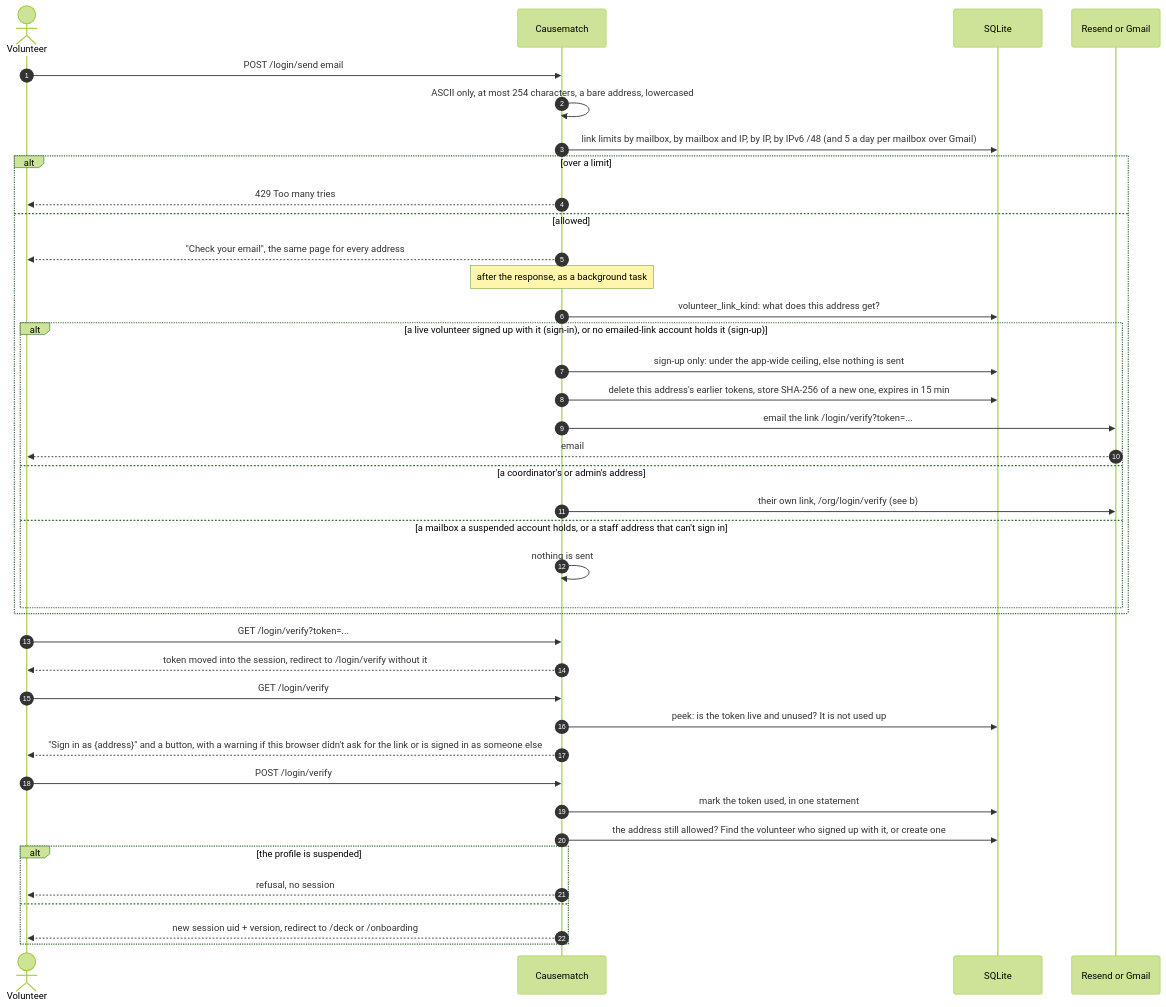
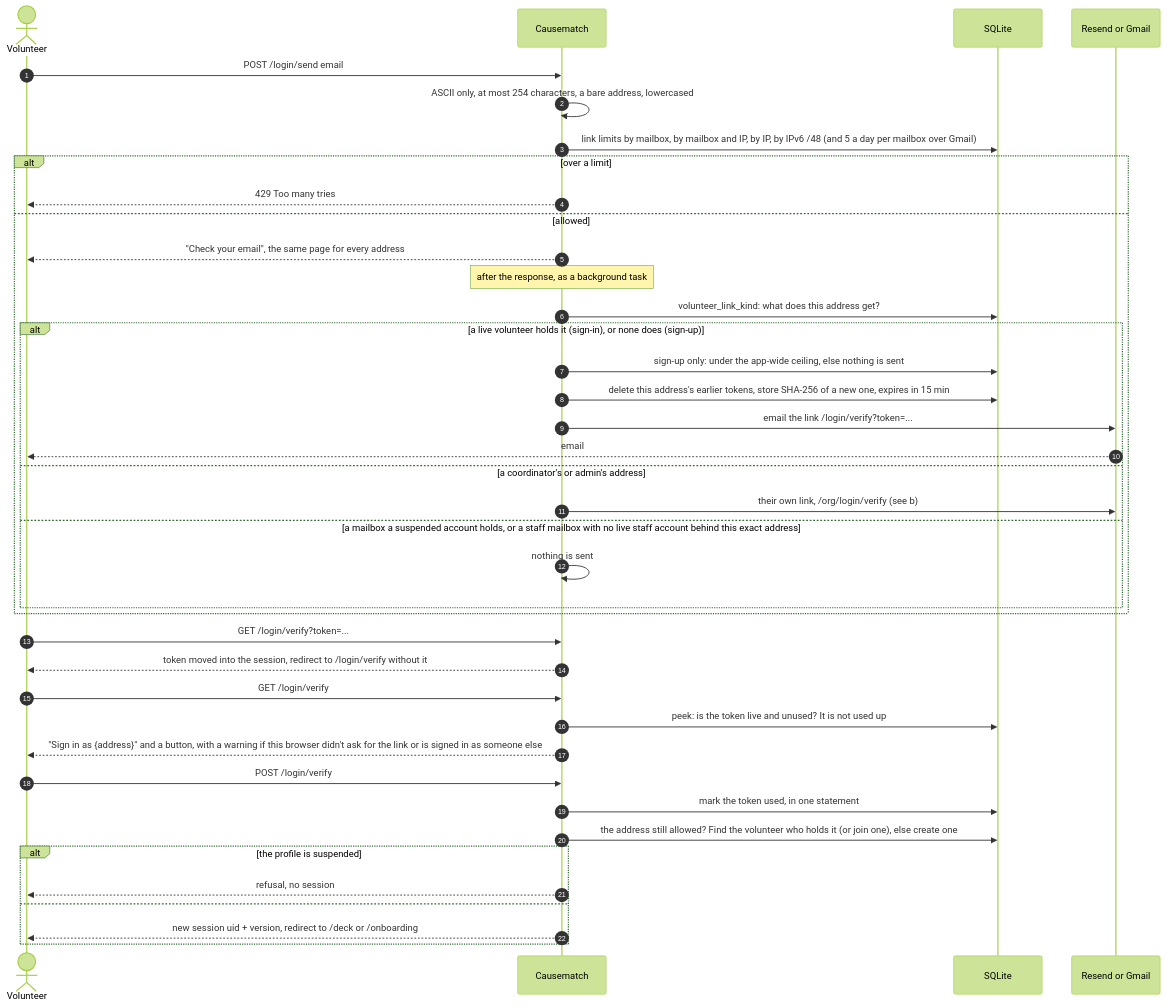
One commit to slegroux/causematch changed diagram 15 of 26 in docs/ARCHITECTURE.md. Above: the diagram before and after it, drawn with Mermaid (forest theme). The commit also changed other lines of this file, not shown here.

First line of the commit message:
Architecture doc: one volunteer account per address, and the #41, #42 and #44 leftovers (#48)

````diff
--- a/docs/ARCHITECTURE.md
+++ b/docs/ARCHITECTURE.md
@@ -951,42 +955,42 @@
 ```mermaid
 sequenceDiagram
     autonumber
     actor V as Volunteer
     participant A as Causematch
     participant DB as SQLite
     participant E as Resend or Gmail
 
     V->>A: POST /login/send email
     A->>A: ASCII only, at most 254 characters, a bare address, lowercased
     A->>DB: link limits by mailbox, by mailbox and IP, by IP, by IPv6 /48 (and 5 a day per mailbox over Gmail)
     alt over a limit
         A-->>V: 429 Too many tries
     else allowed
         A-->>V: "Check your email", the same page for every address
         Note over A: after the response, as a background task
         A->>DB: volunteer_link_kind: what does this address get?
-        alt a live volunteer signed up with it (sign-in), or no emailed-link account holds it (sign-up)
+        alt a live volunteer holds it (sign-in), or none does (sign-up)
             A->>DB: sign-up only: under the app-wide ceiling, else nothing is sent
             A->>DB: delete this address's earlier tokens, store SHA-256 of a new one, expires in 15 min
             A->>E: email the link /login/verify?token=...
             E-->>V: email
         else a coordinator's or admin's address
             A->>E: their own link, /org/login/verify (see b)
-        else a mailbox a suspended account holds, or a staff address that can't sign in
+        else a mailbox a suspended account holds, or a staff mailbox with no live staff account behind this exact address
             A->>A: nothing is sent
         end
     end
     V->>A: GET /login/verify?token=...
     A-->>V: token moved into the session, redirect to /login/verify without it
     V->>A: GET /login/verify
     A->>DB: peek: is the token live and unused? It is not used up
     A-->>V: "Sign in as {address}" and a button, with a warning if this browser didn't ask for the link or is signed in as someone else
     V->>A: POST /login/verify
     A->>DB: mark the token used, in one statement
-    A->>DB: the address still allowed? Find the volunteer who signed up with it, or create one
+    A->>DB: the address still allowed? Find the volunteer who holds it (or join one), else create one
     alt the profile is suspended
         A-->>V: refusal, no session
     else
         A-->>V: new session uid + version, redirect to /deck or /onboarding
     end
 ```
````
